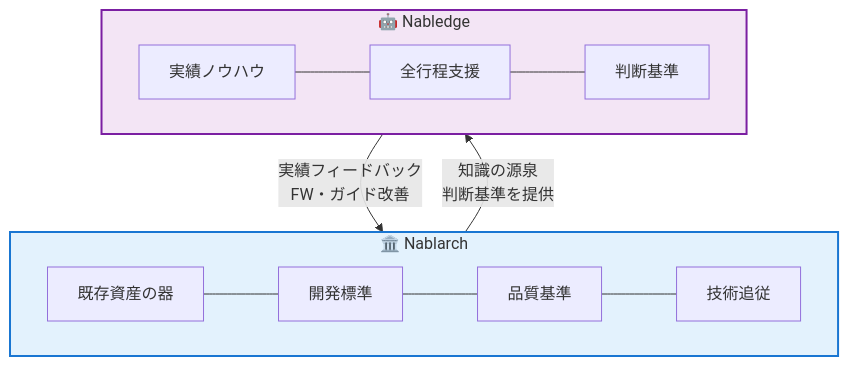
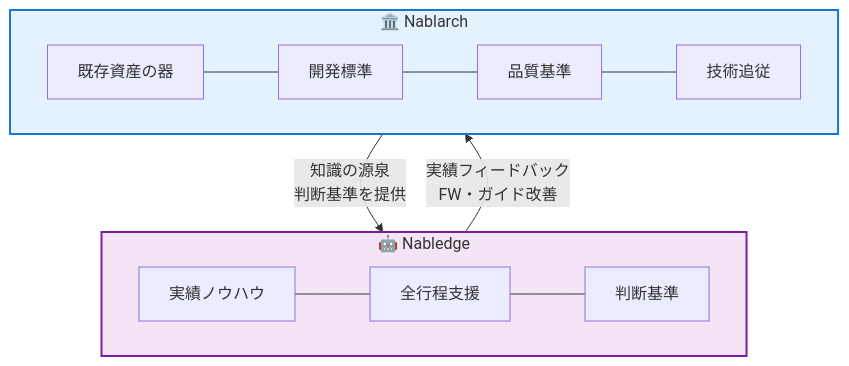
Before and after one commit to nablarch/nabledge-dev: the second of 2 diagrams in doc/tobe/nabledge_press.md, drawn with Mermaid. The commit also changed other lines of this file, not shown here.

Commit message:
Swap definition order: put Nabledge first to make Nablarch appear on top

````diff
--- a/doc/tobe/nabledge_press.md
+++ b/doc/tobe/nabledge_press.md
@@ -96,16 +96,16 @@
 ```mermaid
 graph TB
+    subgraph Nabledge["🤖 Nabledge"]
+        D1["実績ノウハウ"] --- D2["全行程支援"] --- D3["判断基準"]
+    end
+
     subgraph Nablarch["🏛️ Nablarch"]
         N1["既存資産の器"] --- N2["開発標準"] --- N3["品質基準"] --- N4["技術追従"]
-    end
-
-    subgraph Nabledge["🤖 Nabledge"]
-        D1["実績ノウハウ"] --- D2["全行程支援"] --- D3["判断基準"]
     end
 
     Nablarch -->|"知識の源泉<br/>判断基準を提供"| Nabledge
     Nabledge -->|"実績フィードバック<br/>FW・ガイド改善"| Nablarch
 
     style Nablarch fill:#e3f2fd,stroke:#1976d2,stroke-width:2px
     style Nabledge fill:#f3e5f5,stroke:#7b1fa2,stroke-width:2px
 ```
````
